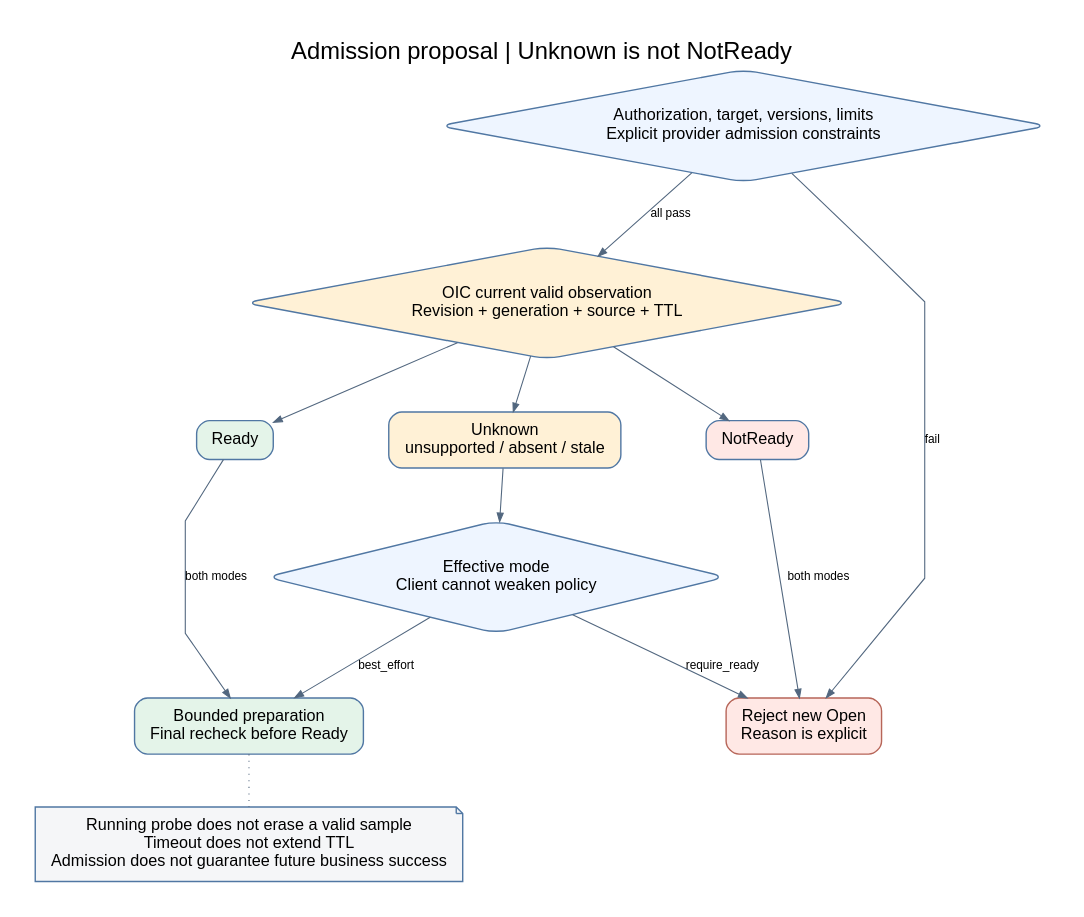
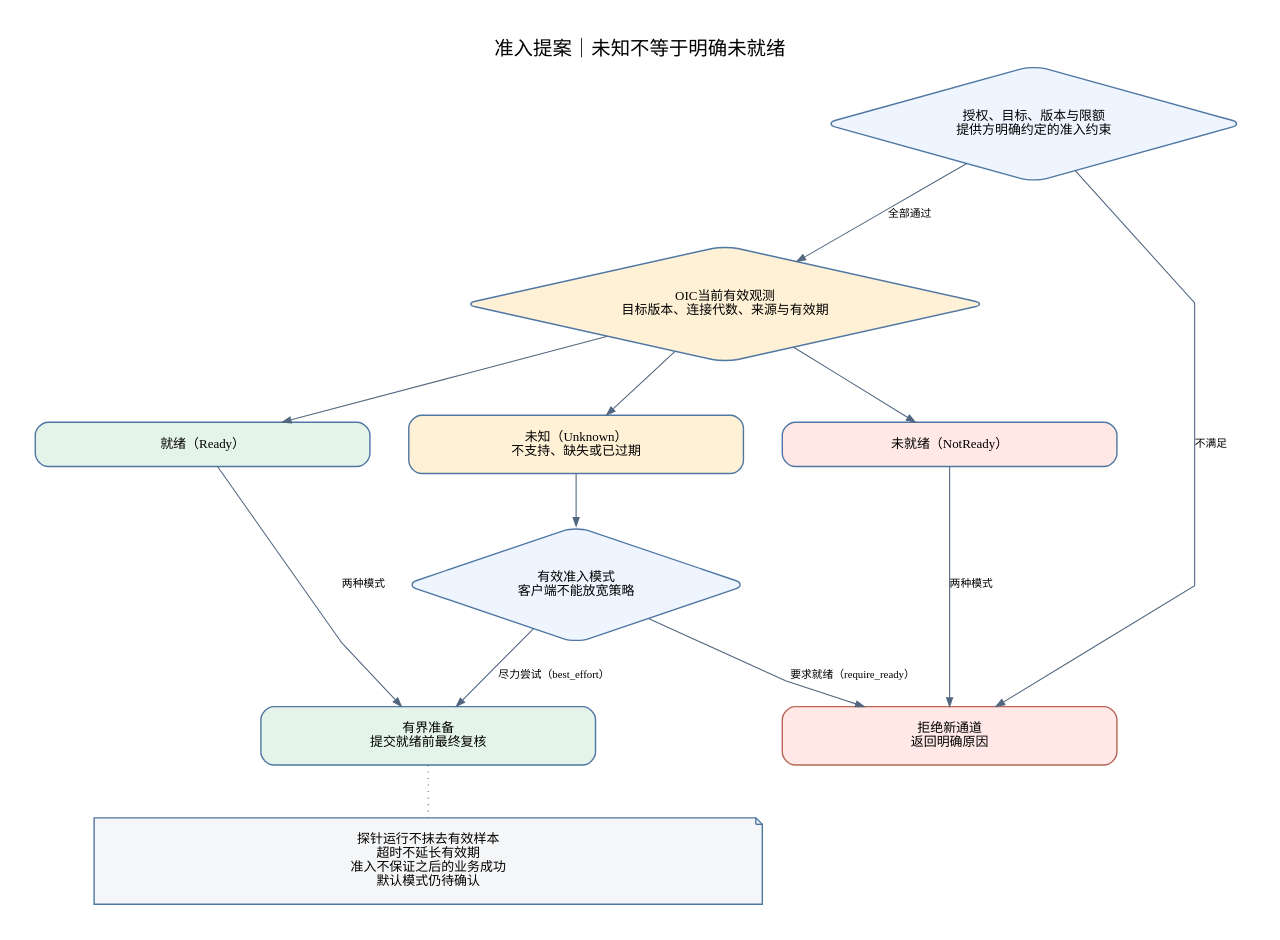
One commit to wyw-ai/loom-oi changed the diagram in docs/architecture/diagrams/v0.7/03-observation-state.dot. Above: the diagram before and after it, drawn with Graphviz. The commit also changed 76 other files, not shown here.

```diff
--- a/docs/architecture/diagrams/v0.7/03-observation-state.dot
+++ b/docs/architecture/diagrams/v0.7/03-observation-state.dot
@@ -1,21 +1,21 @@
 digraph G {
-graph [bgcolor="white",pad="0.35",nodesep="0.5",ranksep="0.65",fontname="Arial",fontsize=22,labelloc="t",splines=polyline];
-node [shape=box,style="rounded,filled",fillcolor="#eef5ff",color="#5077a3",fontname="Arial",fontsize=15,margin="0.2,0.12",penwidth=1.3];
-edge [color="#52677f",fontname="Arial",fontsize=11,arrowsize=0.8];
-rankdir=TB;label="Admission proposal | Unknown is not NotReady";
- hard[label="Authorization, target, versions, limits\nExplicit provider admission constraints",shape=diamond];
- state[label="OIC current valid observation\nRevision + generation + source + TTL",shape=diamond,fillcolor="#fff1d6"];
- ready[label="Ready",fillcolor="#e4f4e9"];
- negative[label="NotReady",fillcolor="#ffe8e5"];
- unknown[label="Unknown\nunsupported / absent / stale",fillcolor="#fff1d6"];
- mode[label="Effective mode\nClient cannot weaken policy",shape=diamond];
- try[label="Bounded preparation\nFinal recheck before Ready",fillcolor="#e4f4e9"];
- deny[label="Reject new Open\nReason is explicit",fillcolor="#ffe8e5",color="#b76659"];
- hard->state[label="all pass"];hard->deny[label="fail"];
+graph [bgcolor="white",pad="0.35",nodesep="0.5",ranksep="0.65",fontname="Noto Sans SC",fontsize=18,labelloc="t",splines=polyline];
+node [shape=box,style="rounded,filled",fillcolor="#eef5ff",color="#5077a3",fontname="Noto Sans SC",fontsize=12,width=4.3,margin="0.35,0.2",penwidth=1.3];
+edge [color="#52677f",fontname="Noto Sans SC",fontsize=10,arrowsize=0.8];
+rankdir=TB;label="准入提案｜未知不等于明确未就绪";
+ hard[label="授权、目标、版本与限额\n提供方明确约定的准入约束",shape=diamond];
+ state[label="OIC当前有效观测\n目标版本、连接代数、来源与有效期",shape=diamond,fillcolor="#fff1d6"];
+ ready[label="就绪（Ready）",fillcolor="#e4f4e9"];
+ negative[label="未就绪（NotReady）",fillcolor="#ffe8e5"];
+ unknown[label="未知（Unknown）\n不支持、缺失或已过期",fillcolor="#fff1d6"];
+ mode[label="有效准入模式\n客户端不能放宽策略",shape=diamond];
+ try[label="有界准备\n提交就绪前最终复核",fillcolor="#e4f4e9"];
+ deny[label="拒绝新通道\n返回明确原因",fillcolor="#ffe8e5",color="#b76659"];
+ hard->state[label="全部通过"];hard->deny[label="不满足"];
  state->ready;state->negative;state->unknown;{rank=same;ready;negative;unknown;}
- ready->try[label="both modes"];negative->deny[label="both modes"];
- unknown->mode;mode->try[label="best_effort"];mode->deny[label="require_ready"];
- note[label="Running probe does not erase a valid sample\nTimeout does not extend TTL\nAdmission does not guarantee future business success",shape=note,fillcolor="#f5f6f8"];
+ ready->try[label="两种模式"];negative->deny[label="两种模式"];
+ unknown->mode;mode->try[label="尽力尝试（best_effort）"];mode->deny[label="要求就绪（require_ready）"];
+ note[label="探针运行不抹去有效样本\n超时不延长有效期\n准入不保证之后的业务成功\n默认模式仍待确认",width=8.6,shape=note,fillcolor="#f5f6f8"];
  try->note[style=dotted,arrowhead=none];
 
 }
```
